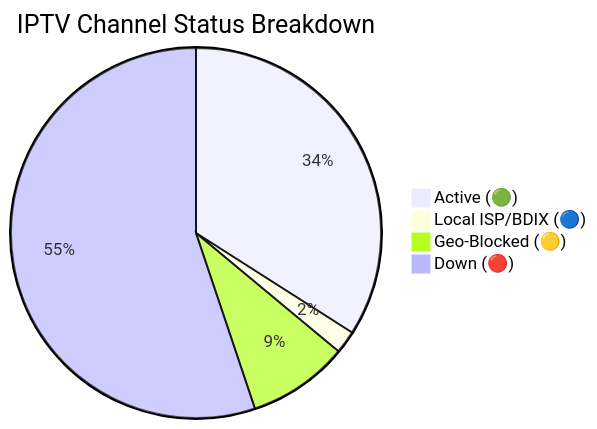
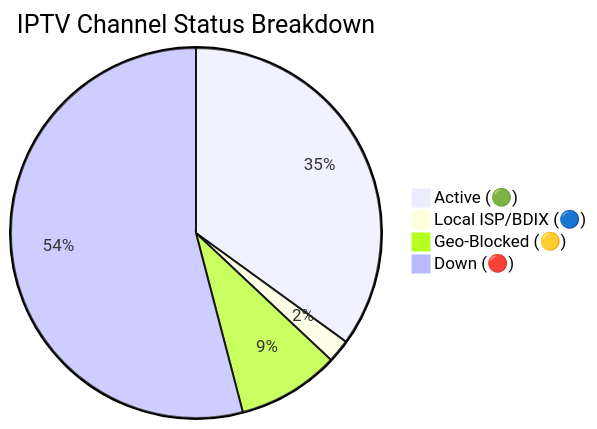
The diagram in README.md (andreataylord/Ip-tv-Collection), drawn with Mermaid before and after one commit. The commit also changed other lines of this file and 2 other files, not shown here.

````diff
--- a/README.md
+++ b/README.md
@@ -59,7 +59,7 @@
 ```mermaid
 pie title IPTV Channel Status Breakdown
-    "Active (🟢)" : 2182
+    "Active (🟢)" : 2216
     "Local ISP/BDIX (🔵)" : 128
     "Geo-Blocked (🟡)" : 565
-    "Down (🔴)" : 3536
+    "Down (🔴)" : 3425
 ```
````
